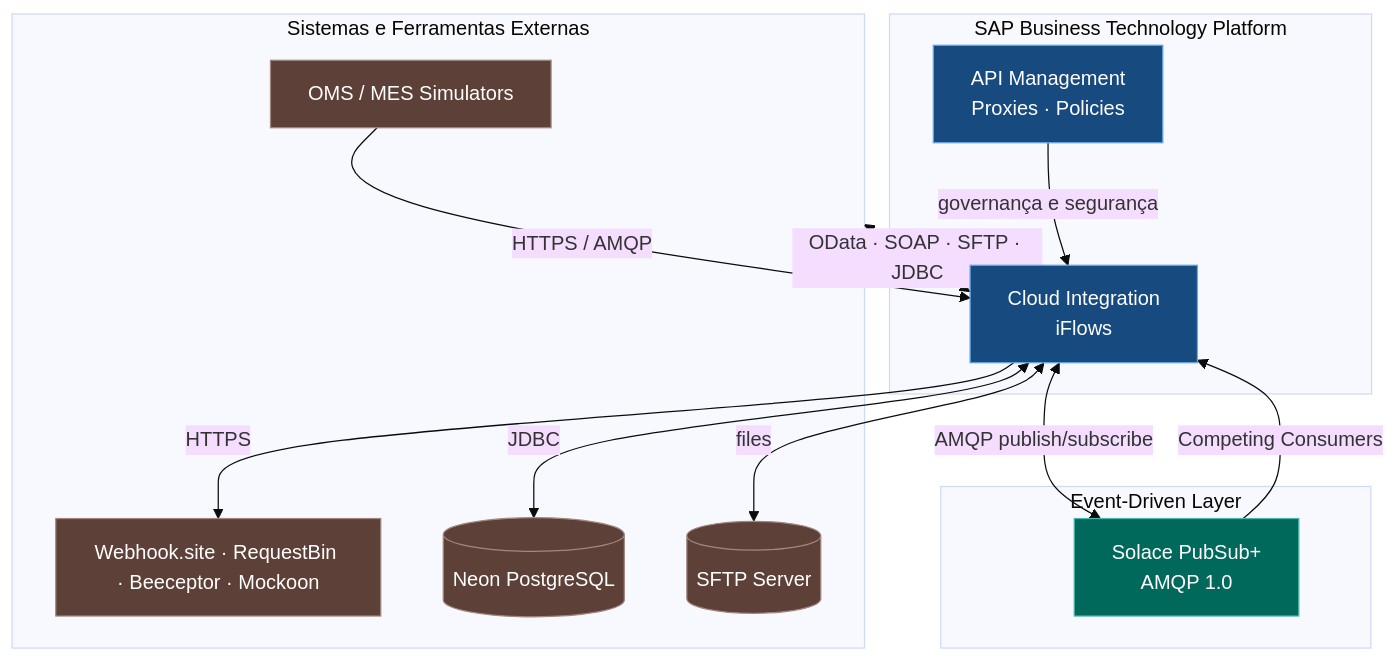
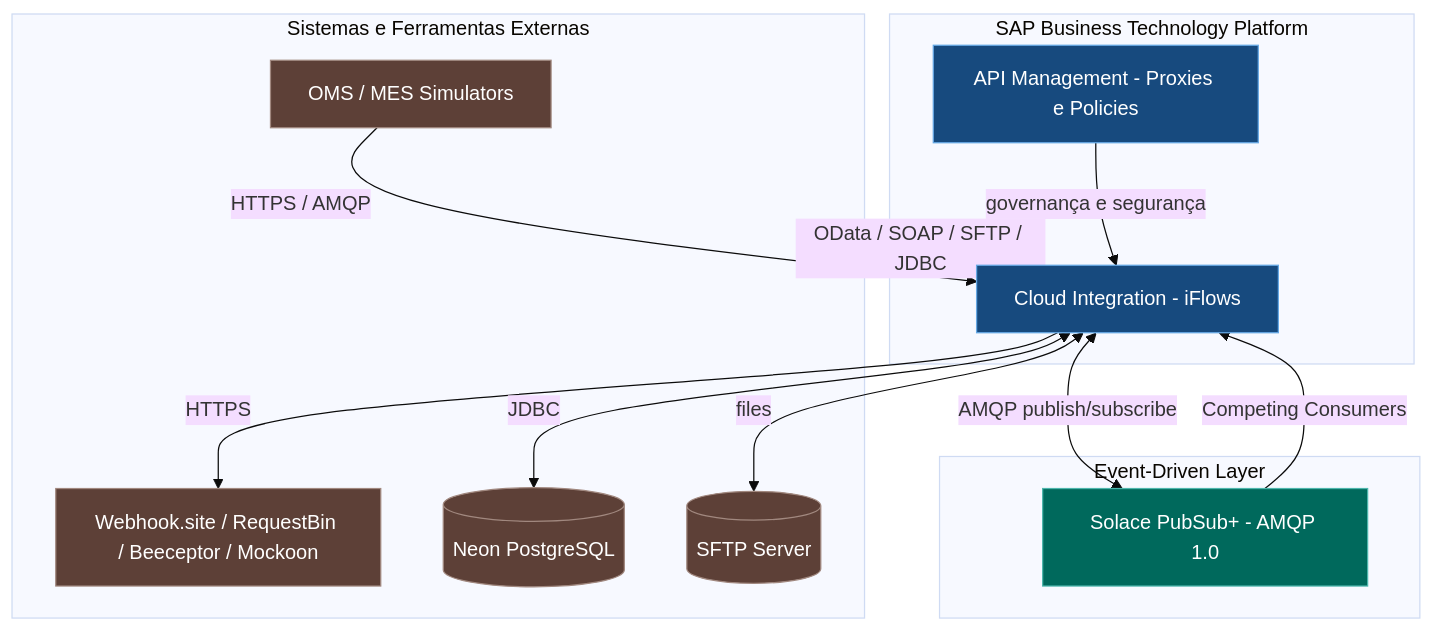
The second of 3 diagrams in README.md (OrlandoCaetano2026/SAP_Integration_Suite_Learning), drawn with Mermaid (base theme) before and after one commit. The commit also changed other lines of this file and 1 other file, not shown here.

Commit message:
docs: professional revamp of all index READMEs with badges, Mermaid, exam blueprint and skill matrix_V3

````diff
--- a/README.md
+++ b/README.md
@@ -218,34 +182,34 @@
 ```mermaid
 flowchart TB
     subgraph EXT[Sistemas e Ferramentas Externas]
         OMS[OMS / MES Simulators]
-        BACK[Webhook.site · RequestBin · Beeceptor · Mockoon]
+        BACK[Webhook.site / RequestBin / Beeceptor / Mockoon]
         DB[(Neon PostgreSQL)]
         SFTP[(SFTP Server)]
     end
 
     subgraph BTP[SAP Business Technology Platform]
-        CPI[Cloud Integration\niFlows]
-        APIM[API Management\nProxies · Policies]
+        CPI[Cloud Integration - iFlows]
+        APIM[API Management - Proxies e Policies]
     end
 
     subgraph EDA[Event-Driven Layer]
-        SOL[Solace PubSub+\nAMQP 1.0]
+        SOL[Solace PubSub+ - AMQP 1.0]
     end
 
     OMS -->|HTTPS / AMQP| CPI
-    CPI <-->|OData · SOAP · SFTP · JDBC| EXT
+    CPI <-->|OData / SOAP / SFTP / JDBC| EXT
     CPI <-->|AMQP publish/subscribe| SOL
     SOL -->|Competing Consumers| CPI
     APIM -->|governança e segurança| CPI
     CPI -->|HTTPS| BACK
     CPI <-->|JDBC| DB
     CPI <-->|files| SFTP
 
     classDef sap fill:#174a7e,color:#fff,stroke:#65a8e5;
     classDef eda fill:#00695c,color:#fff,stroke:#4db6ac;
     classDef ext fill:#5d4037,color:#fff,stroke:#a1887f;
     class CPI,APIM sap;
     class SOL eda;
     class OMS,BACK,DB,SFTP ext;
 ```
````
